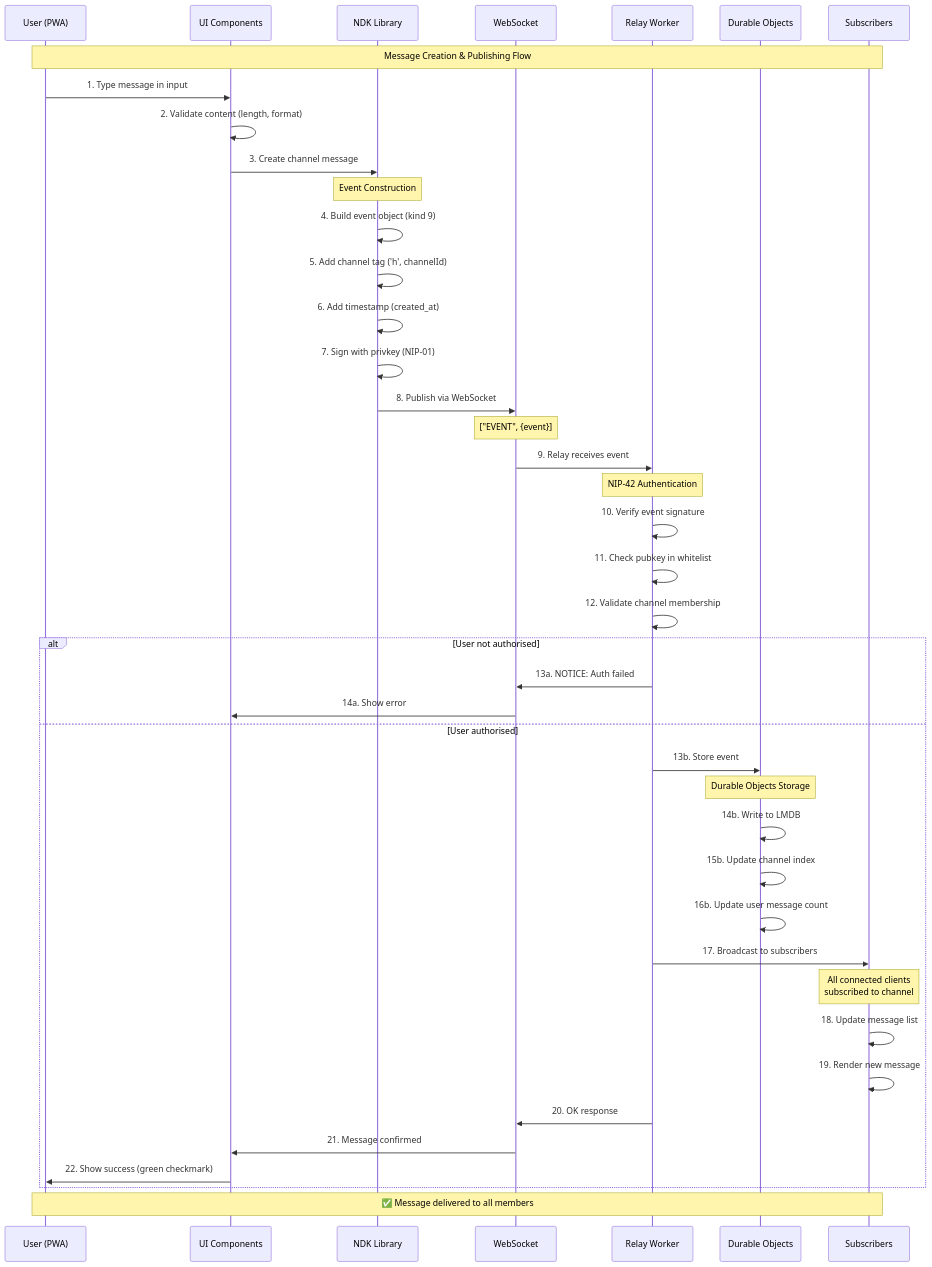
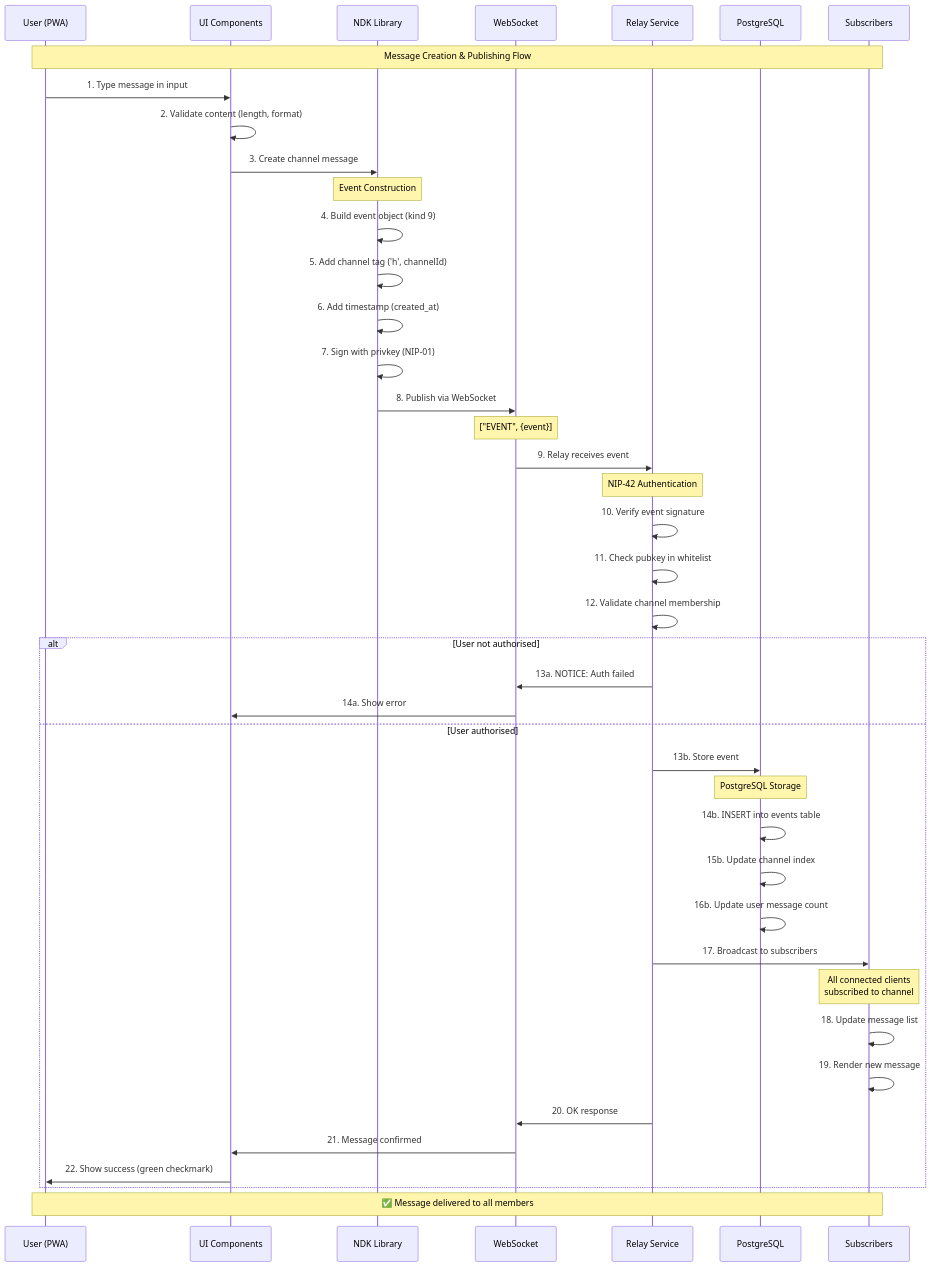
One commit to DreamLab-AI/fairfield changed the second of 12 diagrams in docs/architecture/02-architecture.md. Above: the diagram before and after it, drawn with Mermaid. The commit also changed other lines of this file and 32 other files, not shown here.

````diff
--- a/docs/architecture/02-architecture.md
+++ b/docs/architecture/02-architecture.md
@@ -67,56 +67,56 @@
 ```mermaid
 sequenceDiagram
     participant U as User (PWA)
     participant UI as UI Components
     participant NDK as NDK Library
     participant WS as WebSocket
-    participant R as Relay Worker
-    participant DO as Durable Objects
+    participant R as Relay Service
+    participant DB as PostgreSQL
     participant SUB as Subscribers
 
     Note over U,SUB: Message Creation & Publishing Flow
 
     U->>UI: 1. Type message in input
     UI->>UI: 2. Validate content (length, format)
     UI->>NDK: 3. Create channel message
 
     Note over NDK: Event Construction
     NDK->>NDK: 4. Build event object (kind 9)
     NDK->>NDK: 5. Add channel tag ('h', channelId)
     NDK->>NDK: 6. Add timestamp (created_at)
     NDK->>NDK: 7. Sign with privkey (NIP-01)
 
     NDK->>WS: 8. Publish via WebSocket
     Note over WS: ["EVENT", {event}]
 
     WS->>R: 9. Relay receives event
 
     Note over R: NIP-42 Authentication
     R->>R: 10. Verify event signature
     R->>R: 11. Check pubkey in whitelist
     R->>R: 12. Validate channel membership
 
     alt User not authorised
         R->>WS: 13a. NOTICE: Auth failed
         WS->>UI: 14a. Show error
     else User authorised
-        R->>DO: 13b. Store event
+        R->>DB: 13b. Store event
 
-        Note over DO: Durable Objects Storage
-        DO->>DO: 14b. Write to LMDB
-        DO->>DO: 15b. Update channel index
-        DO->>DO: 16b. Update user message count
+        Note over DB: PostgreSQL Storage
+        DB->>DB: 14b. INSERT into events table
+        DB->>DB: 15b. Update channel index
+        DB->>DB: 16b. Update user message count
 
         R->>SUB: 17. Broadcast to subscribers
         Note over SUB: All connected clients<br/>subscribed to channel
 
         SUB->>SUB: 18. Update message list
         SUB->>SUB: 19. Render new message
 
         R->>WS: 20. OK response
         WS->>UI: 21. Message confirmed
         UI->>U: 22. Show success (green checkmark)
     end
 
     Note over U,SUB: ✅ Message delivered to all members
 ```
````
